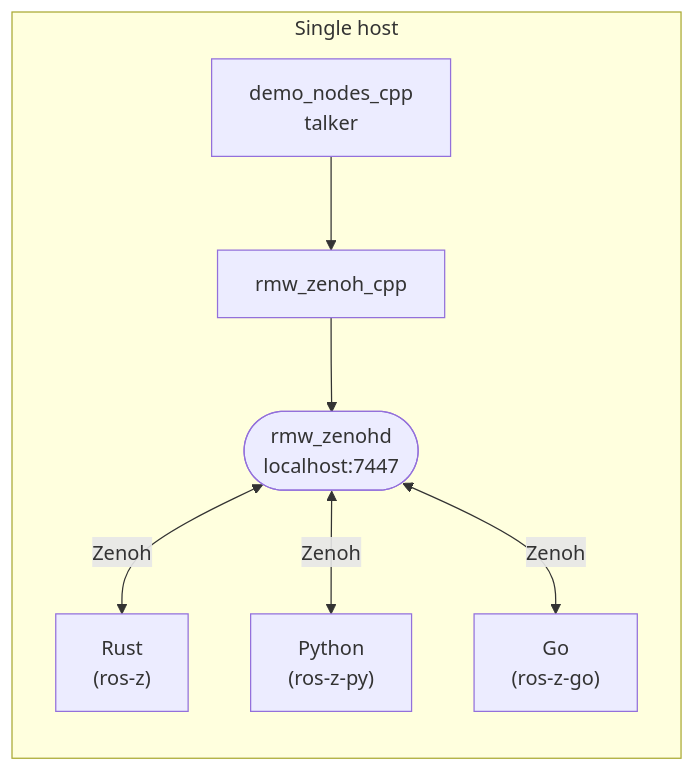
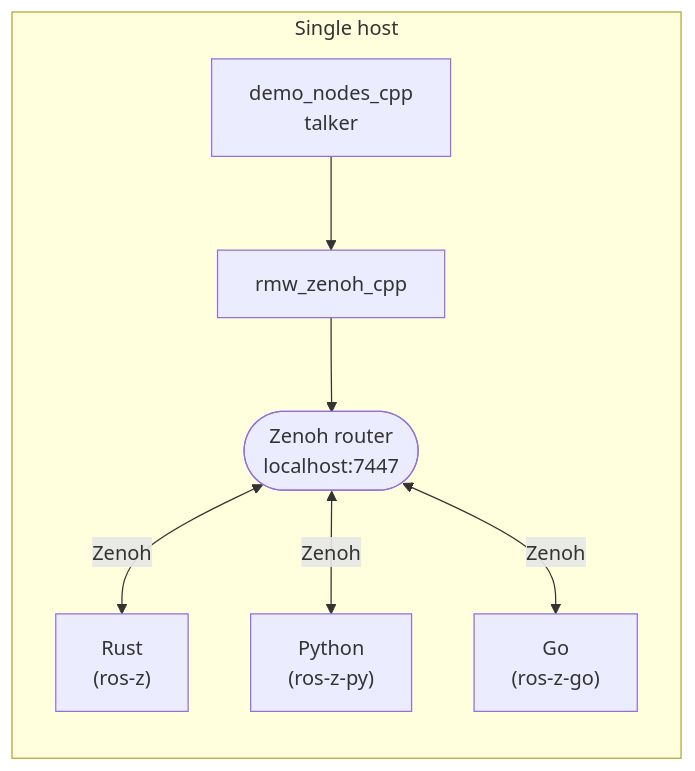
Before and after one commit to ZettaScaleLabs/ros-z: the first of 4 diagrams in book/src/chapters/interop.md, drawn with Mermaid. The commit also changed other lines of this file, not shown here.

Commit message:
docs(interop): unify router as generic 'Zenoh router' in diagrams, link to Networking chapter

````diff
--- a/book/src/chapters/interop.md
+++ b/book/src/chapters/interop.md
@@ -16,9 +21,9 @@
 ```mermaid
 graph LR
     subgraph host ["Single host"]
-        talker["demo_nodes_cpp<br>talker"] --> rmw["rmw_zenoh_cpp"] --> router(["rmw_zenohd<br>localhost:7447"])
+        talker["demo_nodes_cpp<br>talker"] --> rmw["rmw_zenoh_cpp"] --> router(["Zenoh router<br>localhost:7447"])
         router <-->|Zenoh| rust["Rust<br>(ros-z)"]
         router <-->|Zenoh| python["Python<br>(ros-z-py)"]
         router <-->|Zenoh| go["Go<br>(ros-z-go)"]
     end
 ```
````
